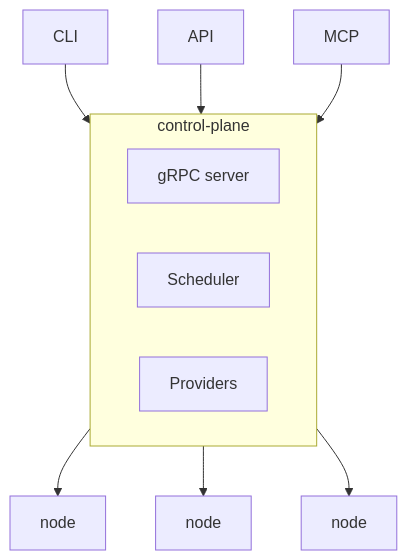
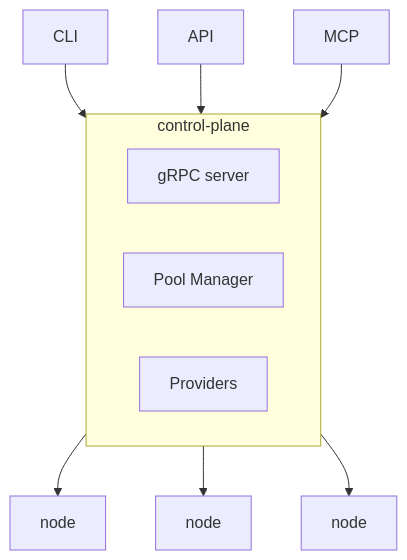
The diagram in README.md (NavarchProject/navarch), drawn with Mermaid before and after one commit. The commit also changed other lines of this file and 14 other files, not shown here.

````diff
--- a/README.md
+++ b/README.md
@@ -21,20 +21,20 @@
 ```mermaid
 flowchart TB
     cli[CLI]
     api[API]
     mcp[MCP]
     
     cli --> cp
     api --> cp
     mcp --> cp
     
     subgraph cp[control-plane]
         rpc[gRPC server]
-        scheduler[Scheduler]
+        pm[Pool Manager]
         providers[Providers]
     end
     
     cp --> n1[node]
     cp --> n2[node]
     cp --> n3[node]
 ```
````
